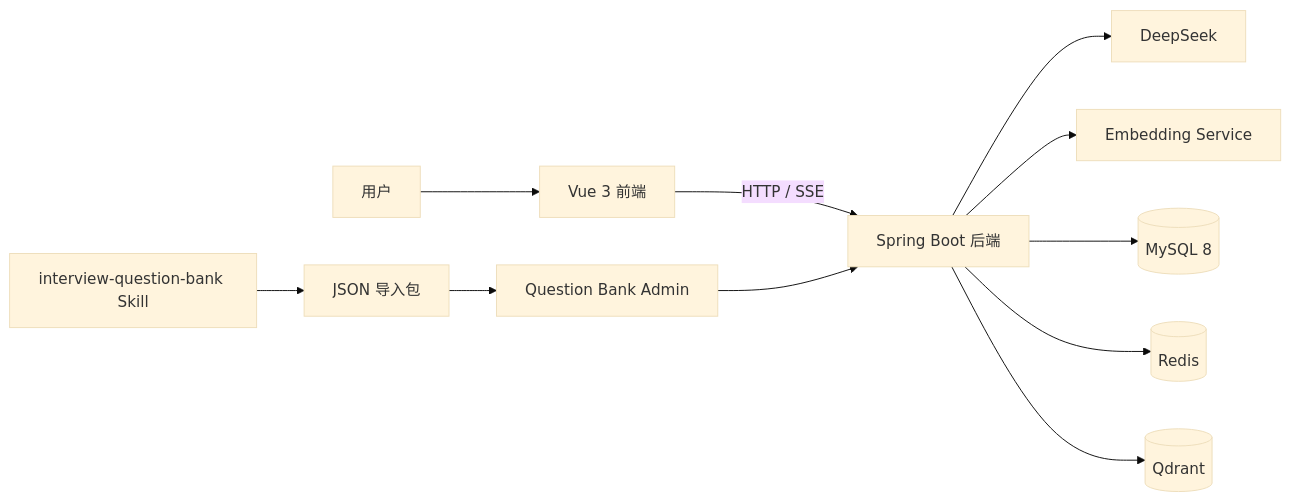
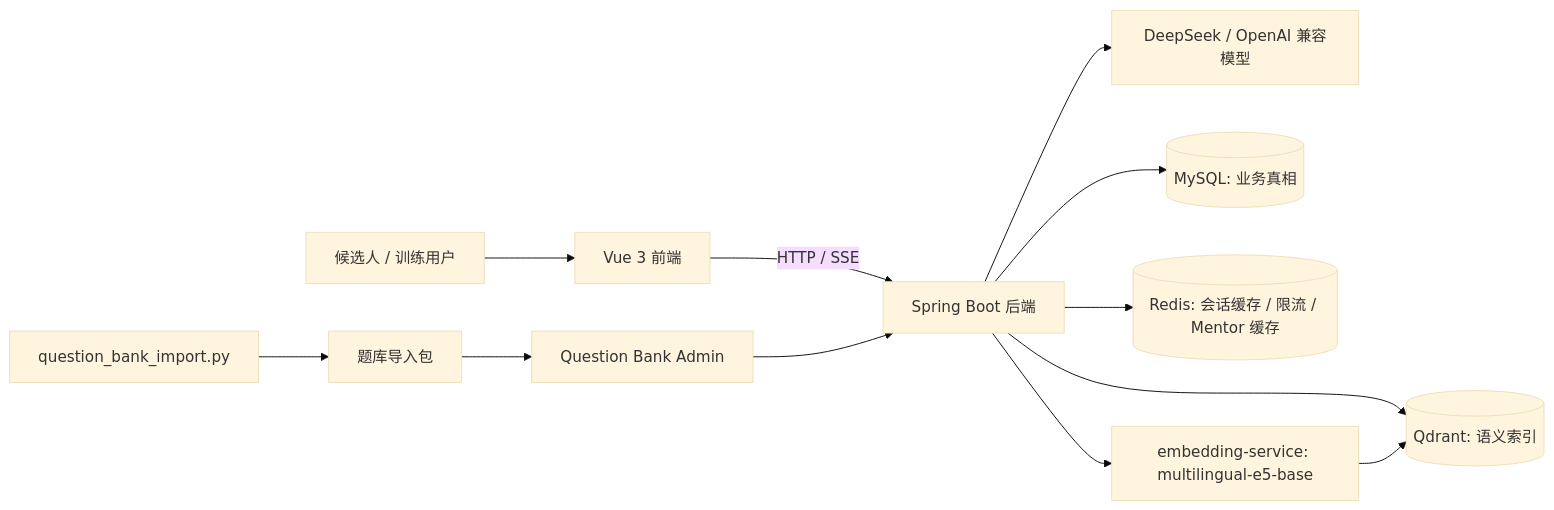
The first of 2 diagrams in README.md (nzy0510/AI-Interview), drawn with Mermaid (base theme) before and after one commit. The commit also changed other lines of this file and 13 other files, not shown here.

````diff
--- a/README.md
+++ b/README.md
@@ -49,13 +47,14 @@
 ```mermaid
 graph LR
-    User["用户"] --> Frontend["Vue 3 前端"]
+    User["候选人 / 训练用户"] --> Frontend["Vue 3 前端"]
     Frontend -->|"HTTP / SSE"| Backend["Spring Boot 后端"]
-    Backend --> LLM["DeepSeek"]
-    Backend --> Embedding["Embedding Service"]
-    Backend --> MySQL[("MySQL 8")]
-    Backend --> Redis[("Redis")]
-    Backend --> Qdrant[("Qdrant")]
-    Skill["interview-question-bank Skill"] --> Package["JSON 导入包"]
-    Package --> Admin["Question Bank Admin"]
-    Admin --> Backend
+    Backend --> LLM["DeepSeek / OpenAI 兼容模型"]
+    Backend --> MySQL[("MySQL: 业务真相")]
+    Backend --> Redis[("Redis: 会话缓存 / 限流 / Mentor 缓存")]
+    Backend --> Qdrant[("Qdrant: 语义索引")]
+    Backend --> Embed["embedding-service: multilingual-e5-base"]
+    Embed --> Qdrant
+    Admin["Question Bank Admin"] --> Backend
+    Script["question_bank_import.py"] --> Package["题库导入包"]
+    Package --> Admin
 ```
````
